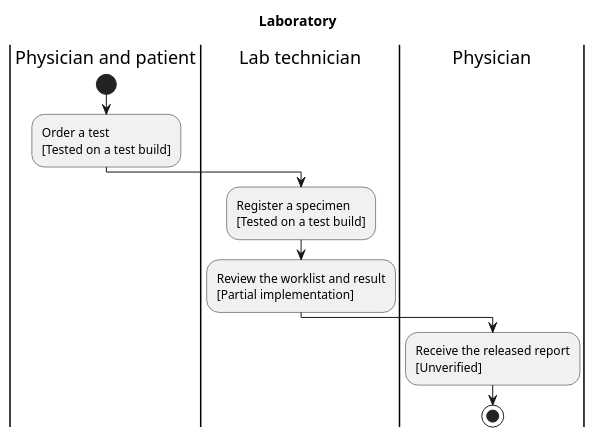
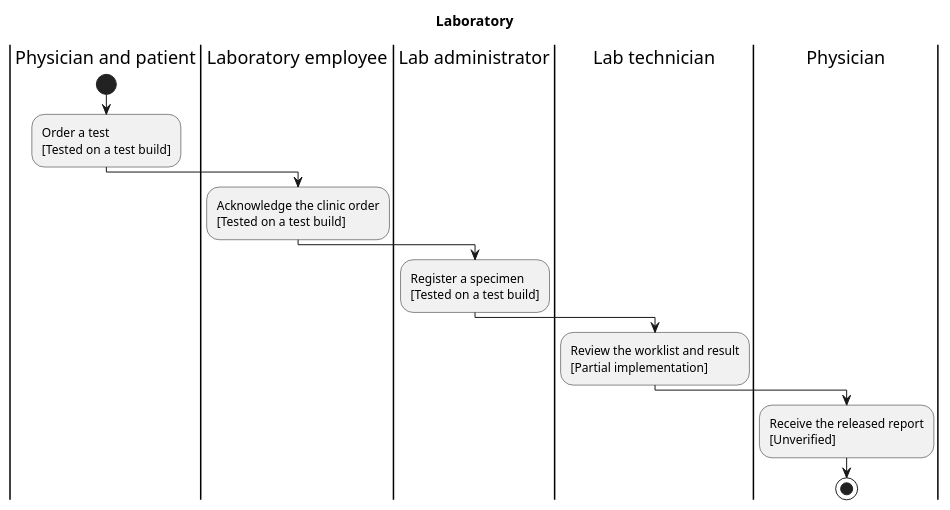
Before and after one commit to medbookdev/medbook-readiness: the seventh of 10 diagrams in medbook-full-en.puml, drawn with PlantUML. The commit also changed 13 other files, not shown here.

```diff
--- a/medbook-full-en.puml
+++ b/medbook-full-en.puml
@@ -133,15 +133,17 @@
 @startuml medbook-lab
 skinparam shadowing false
 title Laboratory
 |Physician and patient|
 start
 |Physician and patient|
 :Order a test\n[Tested on a test build];
-|Lab technician|
+|Laboratory employee|
+:Acknowledge the clinic order\n[Tested on a test build];
+|Lab administrator|
 :Register a specimen\n[Tested on a test build];
 |Lab technician|
 :Review the worklist and result\n[Partial implementation];
 |Physician|
 :Receive the released report\n[Unverified];
 stop
 @enduml
```
